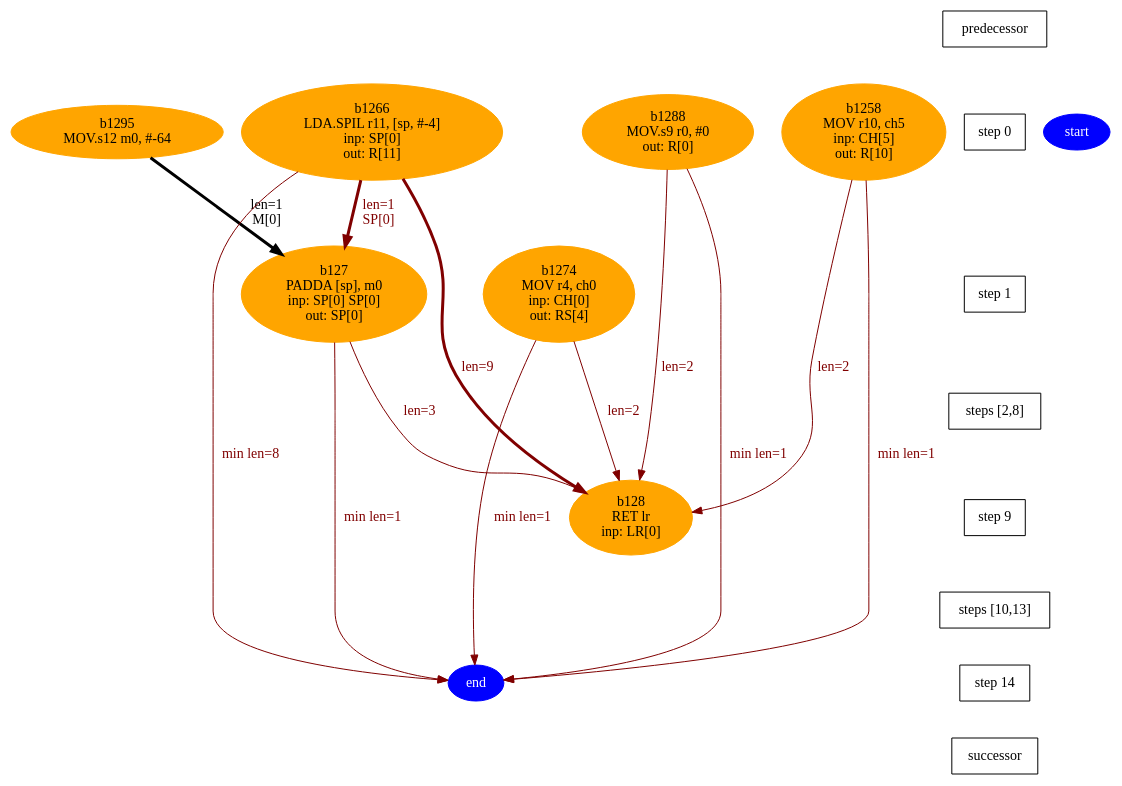
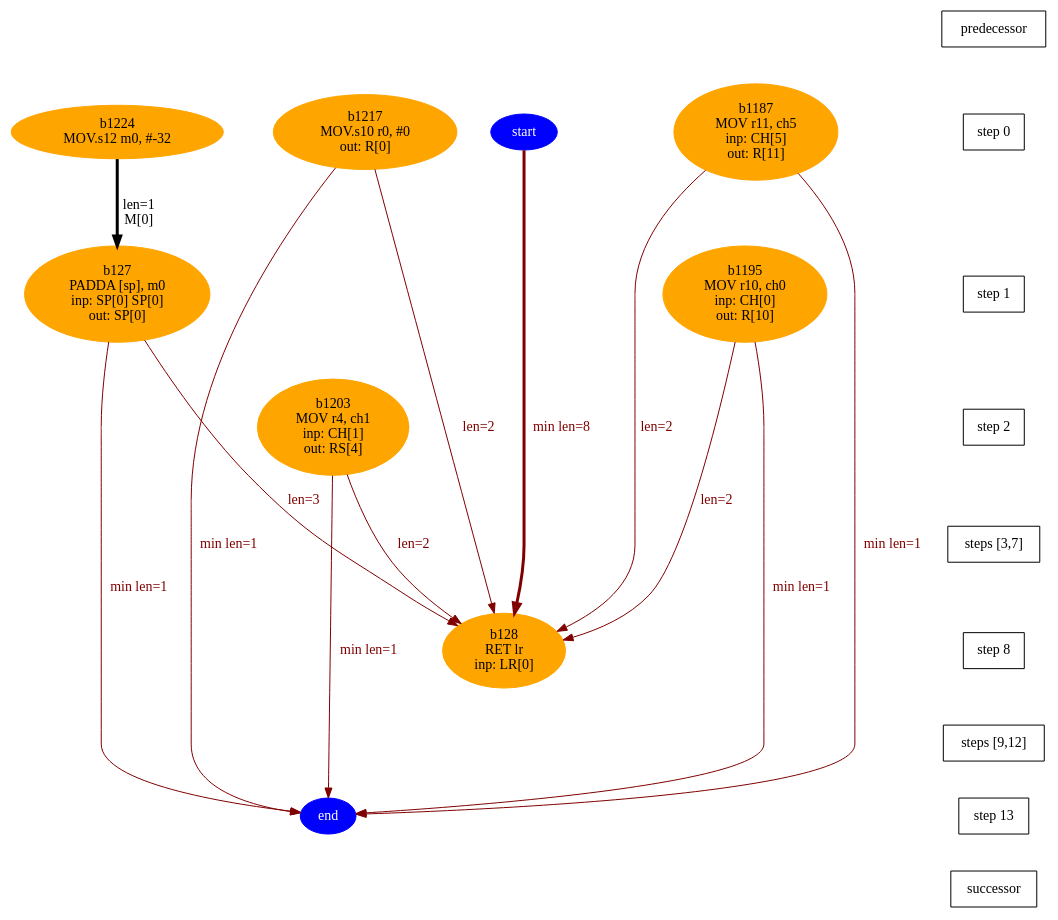
The diagram in testGen/Work/aie/0_1/Release/chesswork/0_1-main__s2_info/m141.dot (lxy-littlechai/SVD), drawn with Graphviz before and after one commit. The commit also changed 9662 other files, not shown here.

```diff
--- a/testGen/Work/aie/0_1/Release/chesswork/0_1-main__s2_info/m141.dot
+++ b/testGen/Work/aie/0_1/Release/chesswork/0_1-main__s2_info/m141.dot
@@ -1,38 +1,40 @@
 digraph N {
  b127[color=orange,fontcolor=black,style=filled,label="b127\nPADDA [sp], m0\ninp: SP[0] SP[0]\nout: SP[0]"];  {rank=same; S1;  b127;}
- b128[color=orange,fontcolor=black,style=filled,label="b128\nRET lr\ninp: LR[0]"];  {rank=same; S9;  b128;}
- b1288[color=orange,fontcolor=black,style=filled,label="b1288\nMOV.s9 r0, #0\nout: R[0]"];  {rank=same; S0;  b1288;}
- b1295[color=orange,fontcolor=black,style=filled,label="b1295\nMOV.s12 m0, #-64"];  {rank=same; S0;  b1295;}
- b1258[color=orange,fontcolor=black,style=filled,label="b1258\nMOV r10, ch5\ninp: CH[5]\nout: R[10]"];  {rank=same; S0;  b1258;}
- b1266[color=orange,fontcolor=black,style=filled,label="b1266\nLDA.SPIL r11, [sp, #-4]\ninp: SP[0]\nout: R[11]"];  {rank=same; S0;  b1266;}
- b1274[color=orange,fontcolor=black,style=filled,label="b1274\nMOV r4, ch0\ninp: CH[0]\nout: RS[4]"];  {rank=same; S1;  b1274;}
+ b128[color=orange,fontcolor=black,style=filled,label="b128\nRET lr\ninp: LR[0]"];  {rank=same; S8;  b128;}
+ b1217[color=orange,fontcolor=black,style=filled,label="b1217\nMOV.s10 r0, #0\nout: R[0]"];  {rank=same; S0;  b1217;}
+ b1224[color=orange,fontcolor=black,style=filled,label="b1224\nMOV.s12 m0, #-32"];  {rank=same; S0;  b1224;}
+ b1187[color=orange,fontcolor=black,style=filled,label="b1187\nMOV r11, ch5\ninp: CH[5]\nout: R[11]"];  {rank=same; S0;  b1187;}
+ b1195[color=orange,fontcolor=black,style=filled,label="b1195\nMOV r10, ch0\ninp: CH[0]\nout: R[10]"];  {rank=same; S1;  b1195;}
+ b1203[color=orange,fontcolor=black,style=filled,label="b1203\nMOV r4, ch1\ninp: CH[1]\nout: RS[4]"];  {rank=same; S2;  b1203;}
  start [color=blue,fontcolor=white,style=filled,label="start"];  {rank=same; S0;  start;}
- end [color=blue,fontcolor=white,style=filled,label="end"];  {rank=same; S14;  end;}
+ end [color=blue,fontcolor=white,style=filled,label="end"];  {rank=same; S13;  end;}
    b127 -> b128 [color=maroon,fontcolor=maroon,label="len=3",weight=1000];
    b127 -> end [color=maroon,fontcolor=maroon,label="min len=1",weight=1000];
-   b1288 -> b128 [color=maroon,fontcolor=maroon,label="len=2",weight=1000];
-   b1288 -> end [color=maroon,fontcolor=maroon,label="min len=1",weight=1000];
-   b1295 -> b127 [color=black,fontcolor=black,penwidth=3,label="len=1\nM[0]",weight=1000];
-   b1258 -> b128 [color=maroon,fontcolor=maroon,label="len=2",weight=1000];
-   b1258 -> end [color=maroon,fontcolor=maroon,label="min len=1",weight=1000];
-   b1266 -> b128 [color=maroon,fontcolor=maroon,penwidth=3,label="len=9",weight=1000];
-   b1266 -> b127 [color=maroon,fontcolor=maroon,penwidth=3,label="len=1\nSP[0]",weight=1000];
-   b1266 -> end [color=maroon,fontcolor=maroon,label="min len=8",weight=1000];
-   b1274 -> b128 [color=maroon,fontcolor=maroon,label="len=2",weight=1000];
-   b1274 -> end [color=maroon,fontcolor=maroon,label="min len=1",weight=1000];
+   b1217 -> b128 [color=maroon,fontcolor=maroon,label="len=2",weight=1000];
+   b1217 -> end [color=maroon,fontcolor=maroon,label="min len=1",weight=1000];
+   b1224 -> b127 [color=black,fontcolor=black,penwidth=3,label="len=1\nM[0]",weight=1000];
+   b1187 -> b128 [color=maroon,fontcolor=maroon,label="len=2",weight=1000];
+   b1187 -> end [color=maroon,fontcolor=maroon,label="min len=1",weight=1000];
+   b1195 -> b128 [color=maroon,fontcolor=maroon,label="len=2",weight=1000];
+   b1195 -> end [color=maroon,fontcolor=maroon,label="min len=1",weight=1000];
+   b1203 -> b128 [color=maroon,fontcolor=maroon,label="len=2",weight=1000];
+   b1203 -> end [color=maroon,fontcolor=maroon,label="min len=1",weight=1000];
+   start -> b128 [color=maroon,fontcolor=maroon,penwidth=3,label="min len=8",weight=1000];
   Sm1 [label="predecessor",shape=box];
   S0 [label="step 0",shape=box];
   Sm1 -> S0[style=invis,weight=9000];
   S1 [label="step 1",shape=box];
   S0 -> S1[style=invis,weight=9000];
-  S2_S8 [label="steps [2,8]",shape=box];
-  S1 -> S2_S8[style=invis,weight=9000];
-  S9 [label="step 9",shape=box];
-  S2_S8 -> S9[style=invis,weight=9000];
-  S10_S13 [label="steps [10,13]",shape=box];
-  S9 -> S10_S13[style=invis,weight=9000];
-  S14 [label="step 14",shape=box];
-  S10_S13 -> S14[style=invis,weight=9000];
-  S15 [label="successor",shape=box];
-  S14 -> S15[style=invis,weight=9000];
+  S2 [label="step 2",shape=box];
+  S1 -> S2[style=invis,weight=9000];
+  S3_S7 [label="steps [3,7]",shape=box];
+  S2 -> S3_S7[style=invis,weight=9000];
+  S8 [label="step 8",shape=box];
+  S3_S7 -> S8[style=invis,weight=9000];
+  S9_S12 [label="steps [9,12]",shape=box];
+  S8 -> S9_S12[style=invis,weight=9000];
+  S13 [label="step 13",shape=box];
+  S9_S12 -> S13[style=invis,weight=9000];
+  S14 [label="successor",shape=box];
+  S13 -> S14[style=invis,weight=9000];
 }
```
